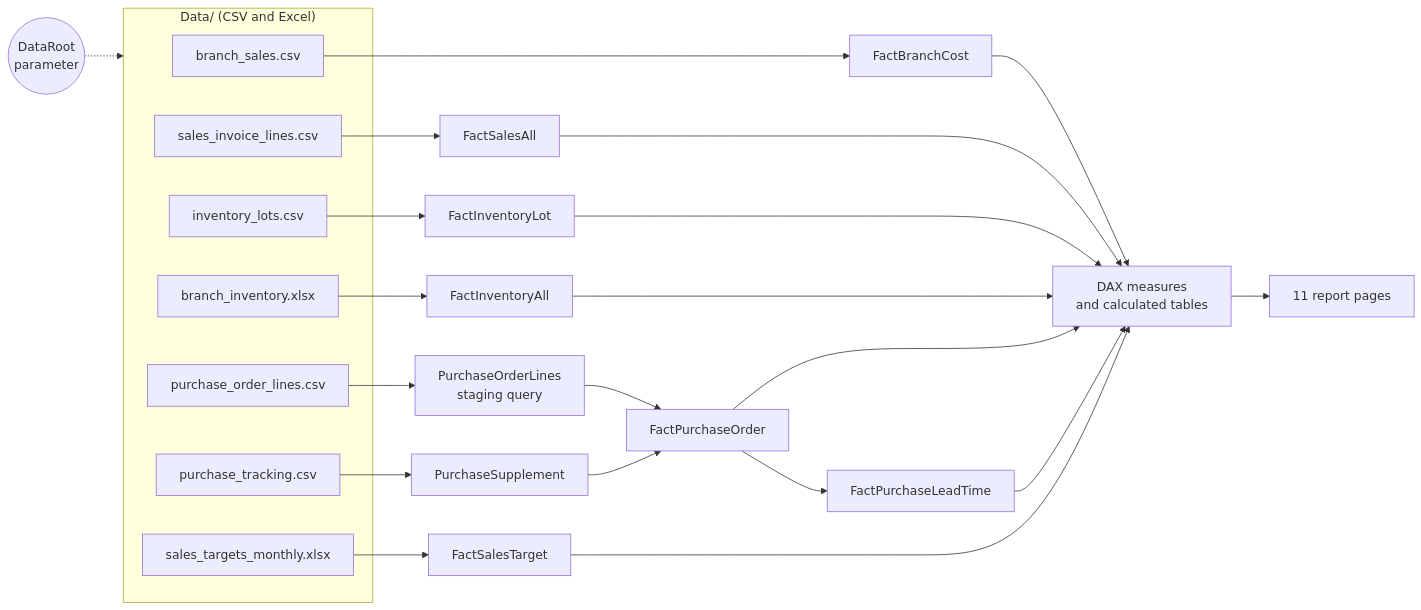
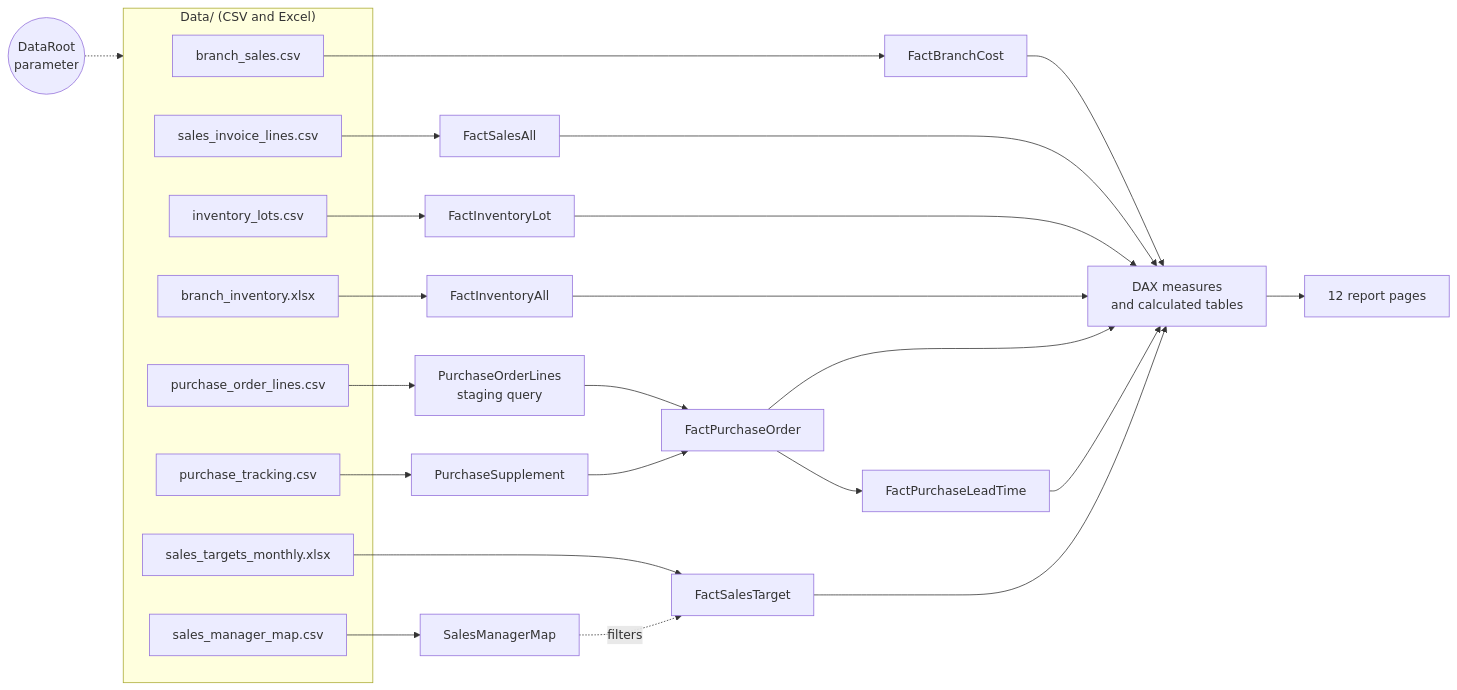
Before and after one commit to PPPPPPeter/powerbi-analytics: the diagram in README.md, drawn with Mermaid. The commit also changed other lines of this file and 107 other files, not shown here.

First line of the commit message:
Add Sales Lead Overview page and sales manager mapping

````diff
--- a/README.md
+++ b/README.md
@@ -126,24 +128,26 @@
 ```mermaid
 flowchart LR
     subgraph Files["Data/ (CSV and Excel)"]
         A[branch_sales.csv]
         B[sales_invoice_lines.csv]
         C[inventory_lots.csv]
         D[branch_inventory.xlsx]
         E[purchase_order_lines.csv]
         F[purchase_tracking.csv]
         G[sales_targets_monthly.xlsx]
+        H[sales_manager_map.csv]
     end
     P((DataRoot<br/>parameter))
     P -.-> Files
     A --> FBC[FactBranchCost]
     B --> FSA[FactSalesAll]
     C --> FIL[FactInventoryLot]
     D --> FIA[FactInventoryAll]
     E --> POL[PurchaseOrderLines<br/>staging query] --> FPO[FactPurchaseOrder]
     F --> PS[PurchaseSupplement] --> FPO
     FPO --> FLT[FactPurchaseLeadTime]
     G --> FST[FactSalesTarget]
+    H --> SMM[SalesManagerMap] -.->|filters| FST
     FBC & FSA & FIL & FIA & FPO & FLT & FST --> DAX[DAX measures<br/>and calculated tables]
-    DAX --> R[11 report pages]
+    DAX --> R[12 report pages]
 ```
````
